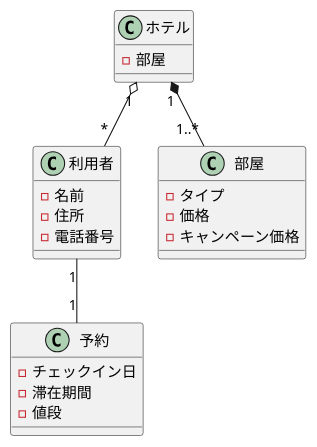
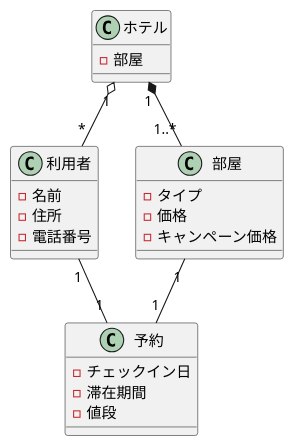
One commit to nozomu1210/uml-introduction changed the diagram in 演習3-3_CL_ホテルと利用者と部屋と予約.pu. Above: the diagram before and after it, drawn with PlantUML.

Commit message:
演習3-3

```diff
--- a/演習3-3_CL_ホテルと利用者と部屋と予約.pu
+++ b/演習3-3_CL_ホテルと利用者と部屋と予約.pu
@@ -1,25 +1,25 @@
 @startuml
 class 利用者{
     - 名前
     - 住所
     - 電話番号
 }
 class ホテル{
     - 部屋
 }
 class 部屋{
     - タイプ
     - 価格
     - キャンペーン価格
 }
 class 予約{
     - チェックイン日
     - 滞在期間
     - 値段
 }
 
 ホテル "1" *-- "1..*" 部屋
 ホテル "1" o-- "*" 利用者
 利用者 "1" -- "1" 予約
-
+部屋  "1" -- "1" 予約
 @enduml
```
